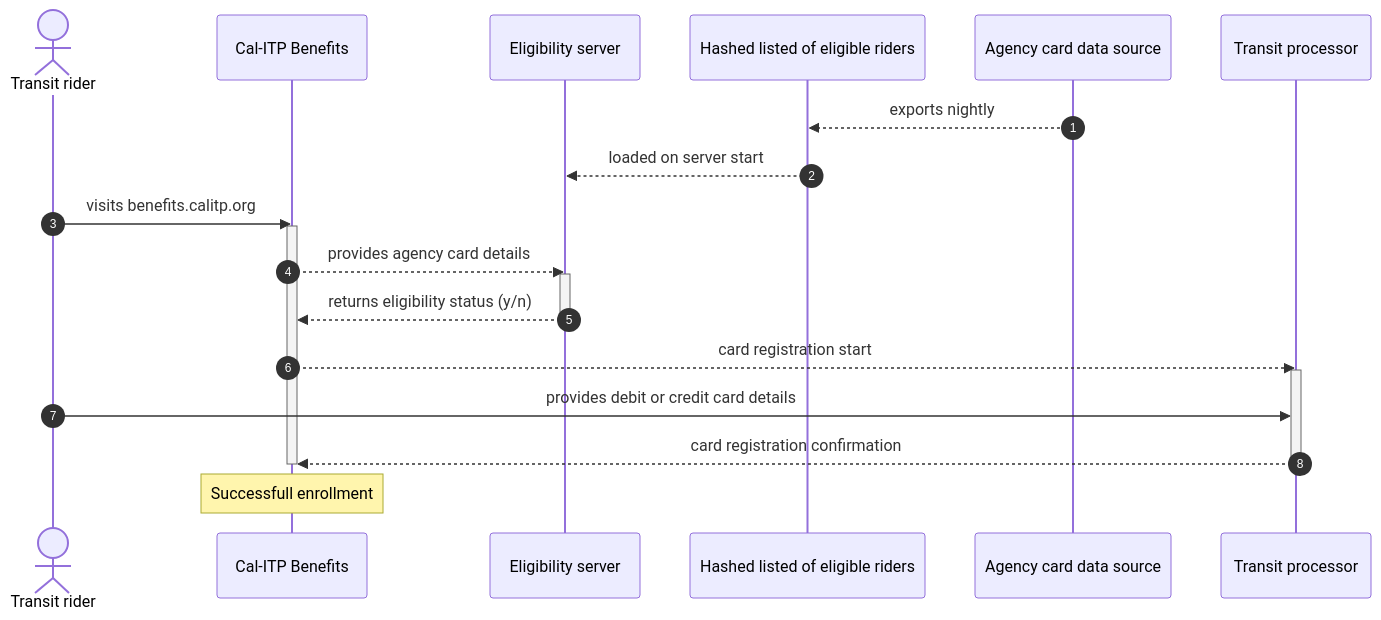
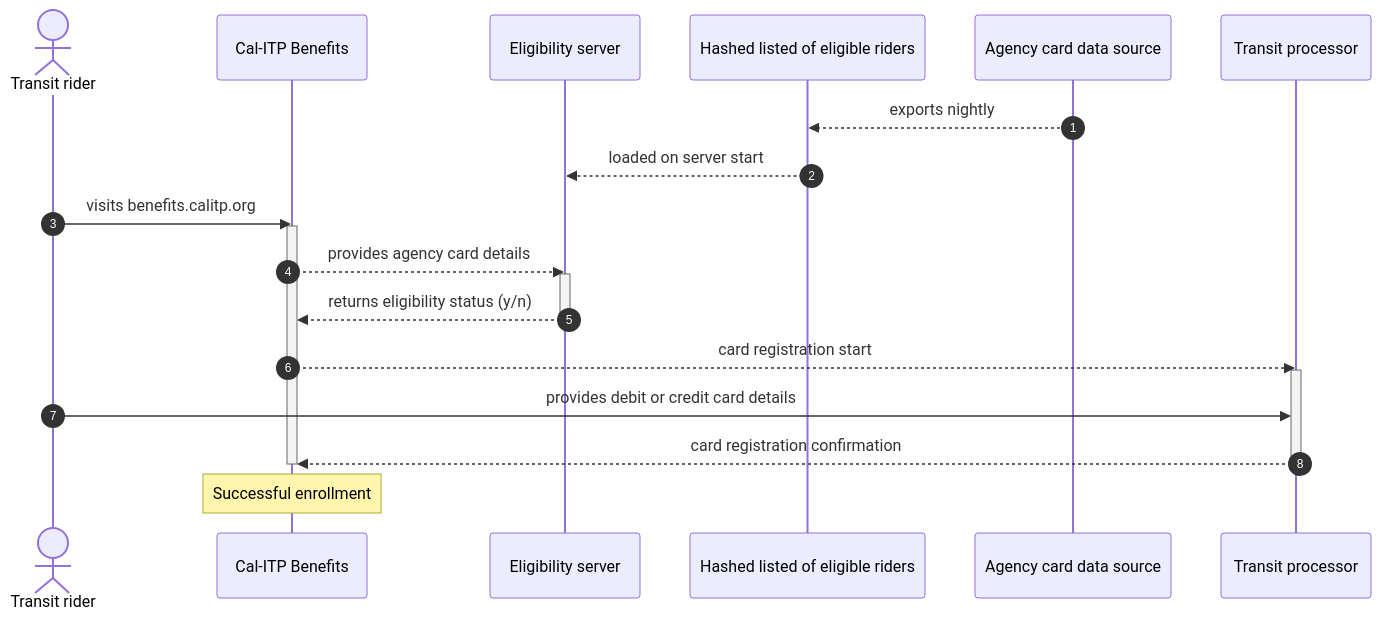
Before and after one commit to cal-itp/benefits: the second of 3 diagrams in docs/explanation/enrollment-pathways/agency-cards.md, drawn with Mermaid.

Commit message:
docs: fixes typo in self-service sequence diagram

````diff
--- a/docs/explanation/enrollment-pathways/agency-cards.md
+++ b/docs/explanation/enrollment-pathways/agency-cards.md
@@ -59,27 +59,27 @@
 ```mermaid
 sequenceDiagram
 autonumber
     actor Transit rider
     participant Benefits as Cal-ITP Benefits
     participant elig_server as Eligibility server
     participant ac_data as Hashed listed of eligible riders
     participant Agency card data source
     participant Transit processor
 
     Agency card data source-->>ac_data: exports nightly
        activate ac_data
     ac_data-->>elig_server: loaded on server start
     Transit rider->>Benefits: visits benefits.calitp.org
         activate Benefits
     Benefits-->>elig_server: provides agency card details
         activate elig_server
     elig_server-->>Benefits: returns eligibility status (y/n)
         deactivate elig_server
     Benefits-->>Transit processor: card registration start
         activate Transit processor
     Transit rider->>Transit processor: provides debit or credit card details
     Transit processor-->>Benefits: card registration confirmation
         deactivate Transit processor
         deactivate Benefits
-        Note over Benefits: Successfull enrollment
+        Note over Benefits: Successful enrollment
 ```
````
